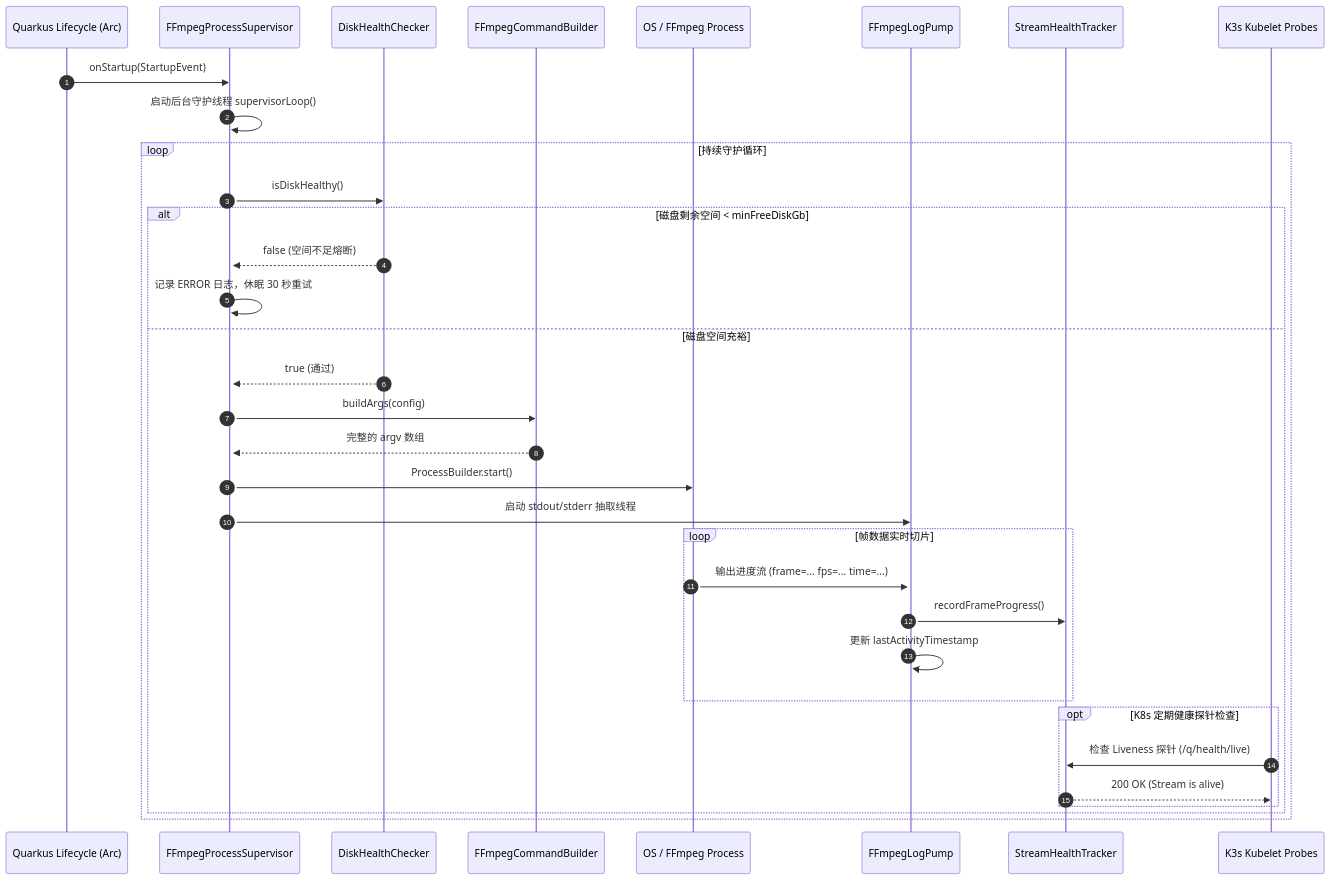
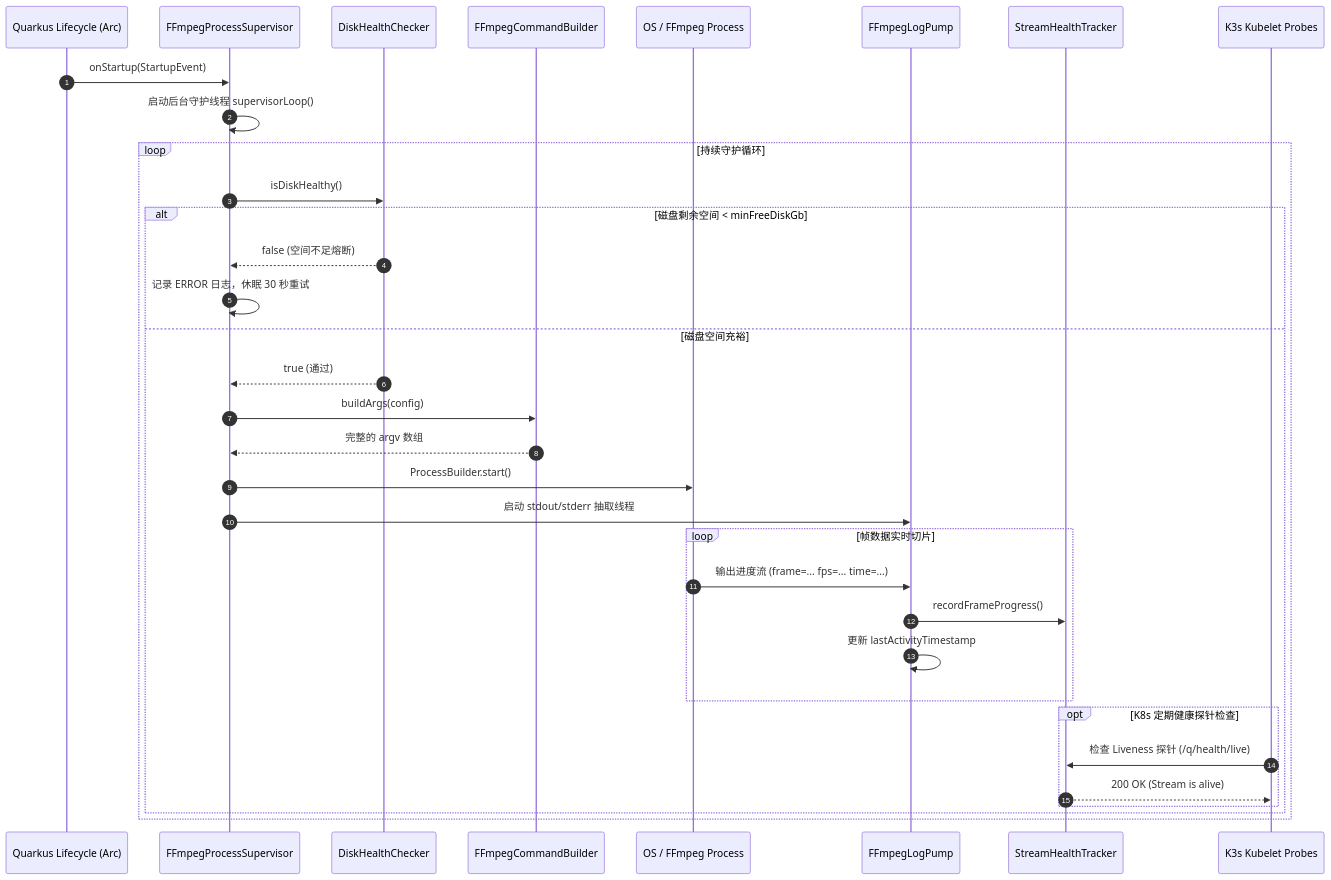
Before and after one commit to nvd11/cctv-collector: the second of 4 diagrams in docs/CLASS_DESIGN.md, drawn with Mermaid. The commit also changed other lines of this file and 1 other file, not shown here.

Commit message:
fix(docs): remove mismatched activate/deactivate in mermaid sequence diagrams

````diff
--- a/docs/CLASS_DESIGN.md
+++ b/docs/CLASS_DESIGN.md
@@ -207,43 +207,40 @@
 ```mermaid
 sequenceDiagram
     autonumber
     participant Quarkus as Quarkus Lifecycle (Arc)
     participant Super as FFmpegProcessSupervisor
     participant Checker as DiskHealthChecker
     participant Builder as FFmpegCommandBuilder
     participant Process as OS / FFmpeg Process
     participant Pump as FFmpegLogPump
     participant Tracker as StreamHealthTracker
     participant K3s as K3s Kubelet Probes
 
     Quarkus->>Super: onStartup(StartupEvent)
-    activate Super
     Super->>Super: 启动后台守护线程 supervisorLoop()
     
     loop 持续守护循环
         Super->>Checker: isDiskHealthy()
         alt 磁盘剩余空间 < minFreeDiskGb
             Checker-->>Super: false (空间不足熔断)
             Super->>Super: 记录 ERROR 日志，休眠 30 秒重试
         else 磁盘空间充裕
             Checker-->>Super: true (通过)
             Super->>Builder: buildArgs(config)
             Builder-->>Super: 完整的 argv 数组
             Super->>Process: ProcessBuilder.start()
-            activate Process
             Super->>Pump: 启动 stdout/stderr 抽取线程
-            activate Pump
 
             loop 帧数据实时切片
                 Process->>Pump: 输出进度流 (frame=... fps=... time=...)
                 Pump->>Tracker: recordFrameProgress()
                 Pump->>Pump: 更新 lastActivityTimestamp
             end
 
             opt K8s 定期健康探针检查
                 K3s->>Tracker: 检查 Liveness 探针 (/q/health/live)
                 Tracker-->>K3s: 200 OK (Stream is alive)
             end
         end
     end
 ```
````
